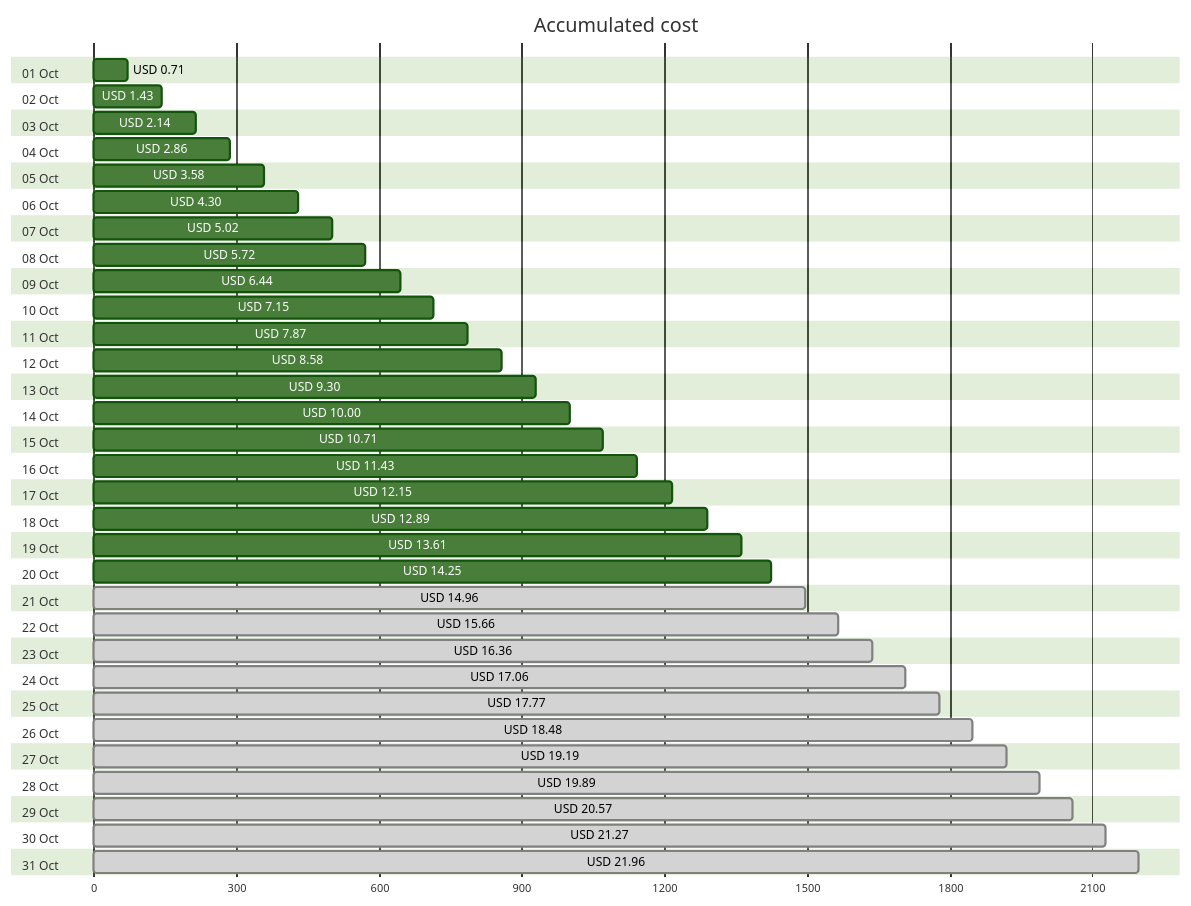
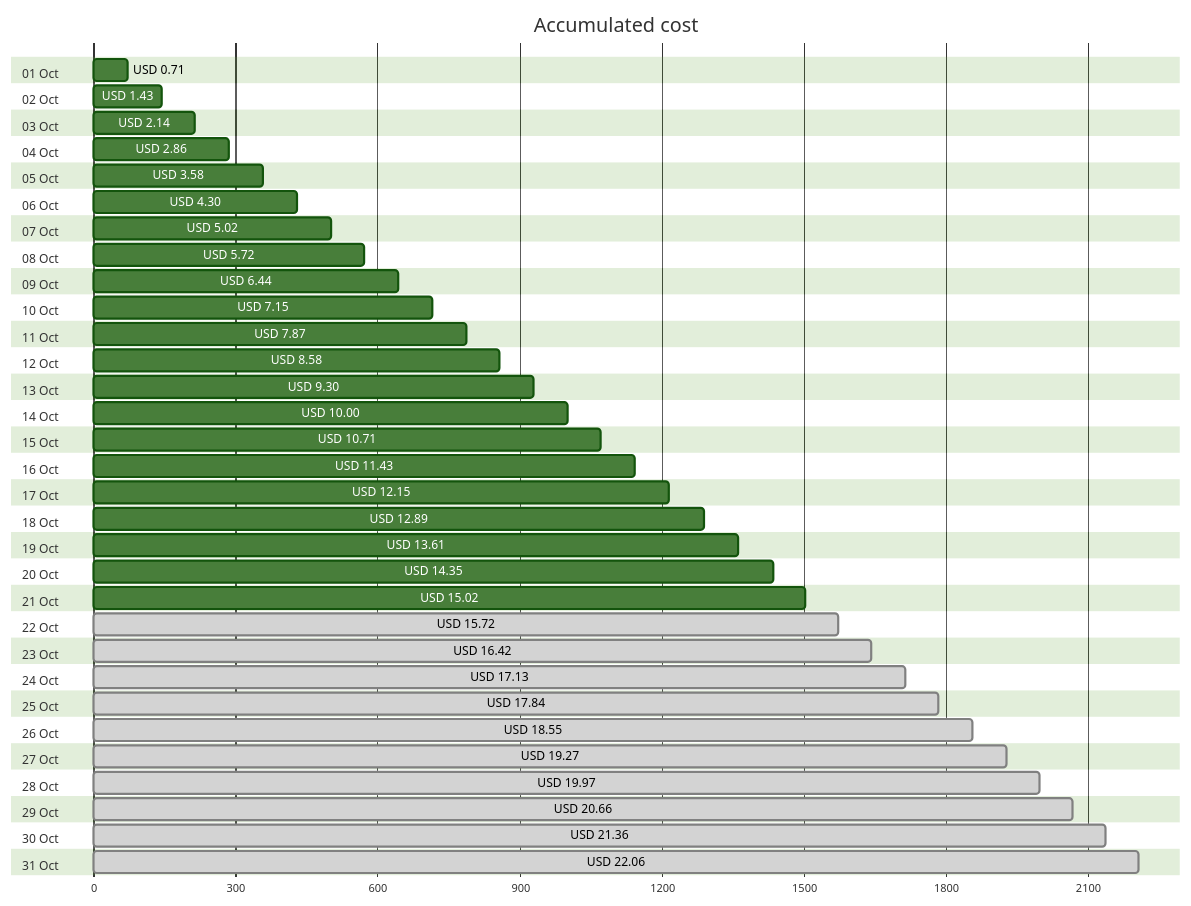
The first of 4 diagrams in cost-reports/personal-network/backup-server-data-disk.md (jpfulton/azure-personal-reports), drawn with Mermaid (forest theme) before and after one commit. The commit also changed other lines of this file and 8 other files, not shown here.

````diff
--- a/cost-reports/personal-network/backup-server-data-disk.md
+++ b/cost-reports/personal-network/backup-server-data-disk.md
@@ -20,68 +20,68 @@
 ```mermaid
 gantt
    title Accumulated cost
    dateFormat  X
    axisFormat %s
    section 01 Oct
    USD 0.71 :0, 71
    section 02 Oct
    USD 1.43 :0, 143
    section 03 Oct
    USD 2.14 :0, 214
    section 04 Oct
    USD 2.86 :0, 286
    section 05 Oct
    USD 3.58 :0, 358
    section 06 Oct
    USD 4.30 :0, 430
    section 07 Oct
    USD 5.02 :0, 502
    section 08 Oct
    USD 5.72 :0, 572
    section 09 Oct
    USD 6.44 :0, 644
    section 10 Oct
    USD 7.15 :0, 715
    section 11 Oct
    USD 7.87 :0, 787
    section 12 Oct
    USD 8.58 :0, 858
    section 13 Oct
    USD 9.30 :0, 930
    section 14 Oct
    USD 10.00 :0, 1000
    section 15 Oct
    USD 10.71 :0, 1071
    section 16 Oct
    USD 11.43 :0, 1143
    section 17 Oct
    USD 12.15 :0, 1215
    section 18 Oct
    USD 12.89 :0, 1289
    section 19 Oct
    USD 13.61 :0, 1361
    section 20 Oct
-   USD 14.25 :0, 1425
+   USD 14.35 :0, 1435
    section 21 Oct
-   USD 14.96 : done, 0, 1496
+   USD 15.02 :0, 1502
    section 22 Oct
-   USD 15.66 : done, 0, 1566
+   USD 15.72 : done, 0, 1572
    section 23 Oct
-   USD 16.36 : done, 0, 1636
+   USD 16.42 : done, 0, 1642
    section 24 Oct
-   USD 17.06 : done, 0, 1706
+   USD 17.13 : done, 0, 1713
    section 25 Oct
-   USD 17.77 : done, 0, 1777
+   USD 17.84 : done, 0, 1784
    section 26 Oct
-   USD 18.48 : done, 0, 1848
+   USD 18.55 : done, 0, 1855
    section 27 Oct
-   USD 19.19 : done, 0, 1919
+   USD 19.27 : done, 0, 1927
    section 28 Oct
-   USD 19.89 : done, 0, 1989
+   USD 19.97 : done, 0, 1997
    section 29 Oct
-   USD 20.57 : done, 0, 2057
+   USD 20.66 : done, 0, 2066
    section 30 Oct
-   USD 21.27 : done, 0, 2127
+   USD 21.36 : done, 0, 2136
    section 31 Oct
-   USD 21.96 : done, 0, 2196
+   USD 22.06 : done, 0, 2206
 ```
````
